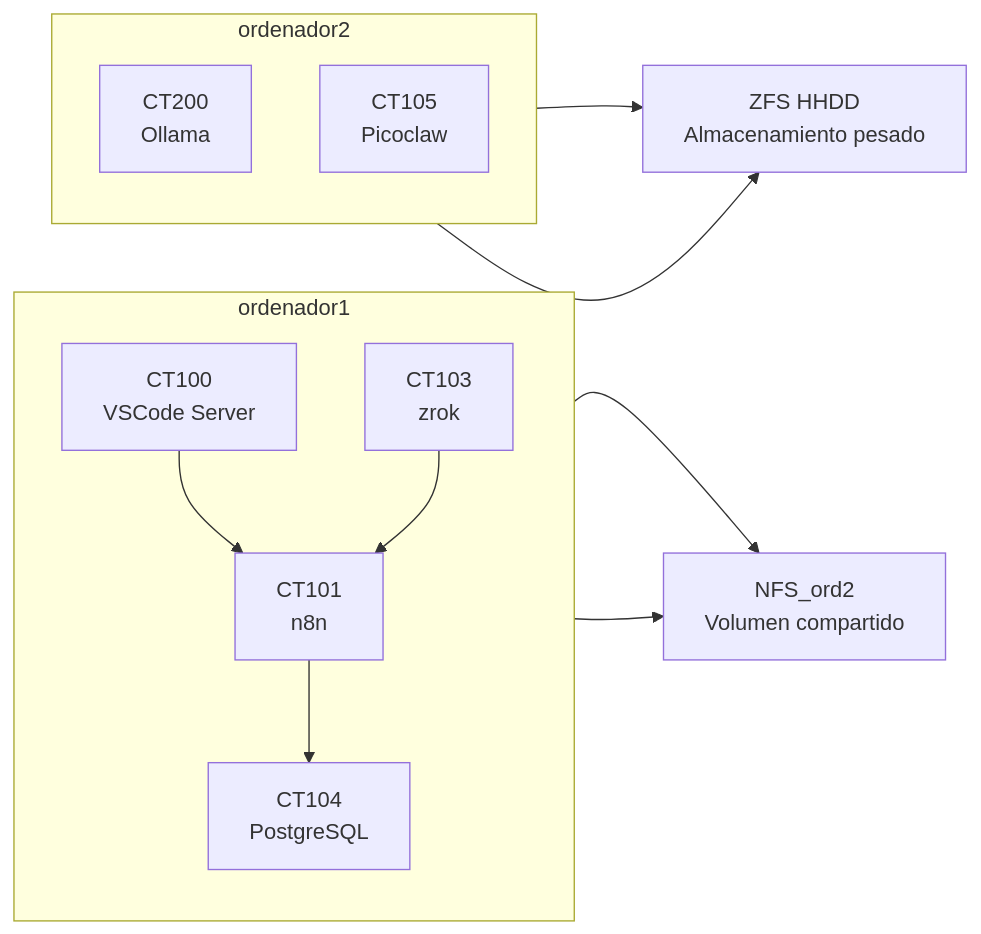
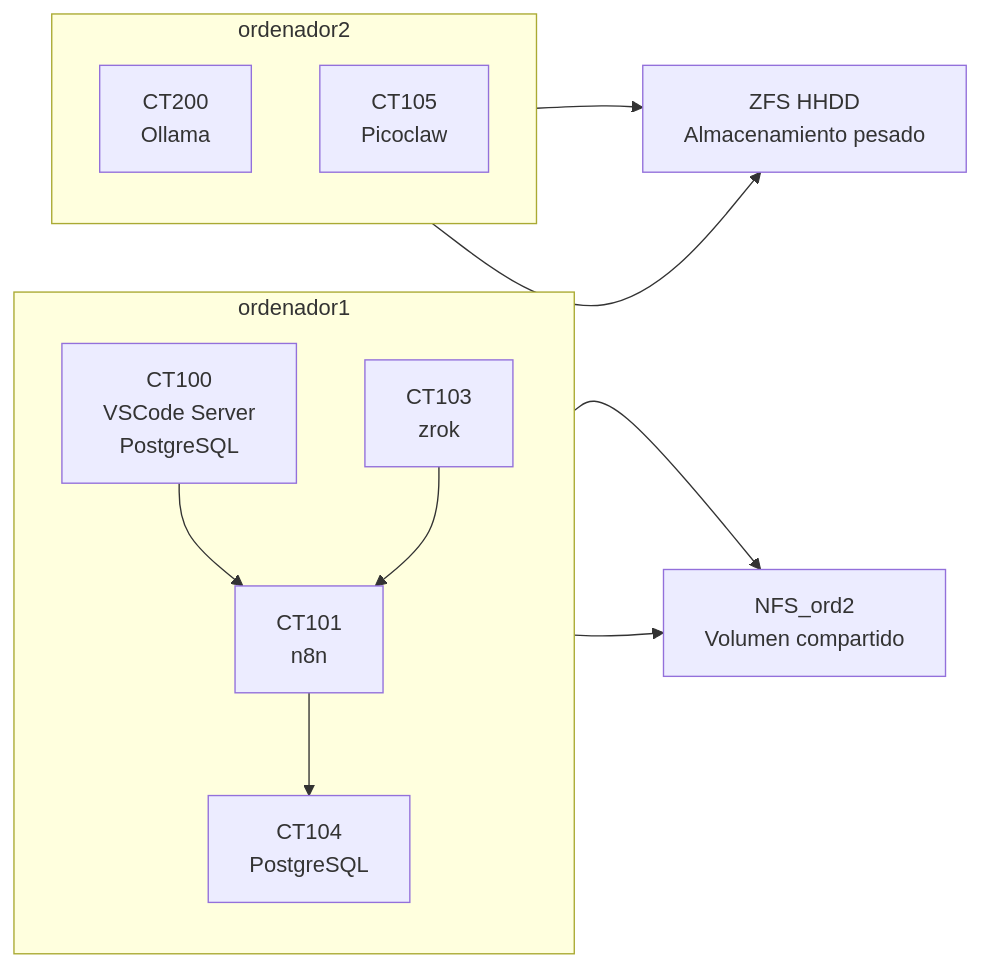
The diagram in README.md (grundius1/homelab), drawn with Mermaid before and after one commit.

Commit message:
graph check

````diff
--- a/README.md
+++ b/README.md
@@ -23,28 +23,28 @@
 ```mermaid
 flowchart LR
   subgraph ordenador1["ordenador1"]
     direction TB
-    CT100["CT100\nVSCode Server"]
+    CT100["CT100\nVSCode Server\nPostgreSQL"]
     CT101["CT101\nn8n"]
     CT103["CT103\nzrok"]
     CT104["CT104\nPostgreSQL"]
   end
 
   subgraph ordenador2["ordenador2"]
     direction TB
     CT200["CT200\nOllama"]
     CT105["CT105\nPicoclaw"]
   end
 
   NFS["NFS_ord2\nVolumen compartido"]
   ZFS["ZFS HHDD\nAlmacenamiento pesado"]
 
   CT104 --> NFS
   CT101 --> NFS
   CT200 --> ZFS
   CT105 --> ZFS
 
   CT100 --> CT101
   CT103 --> CT101
   CT101 --> CT104
 ```
````
